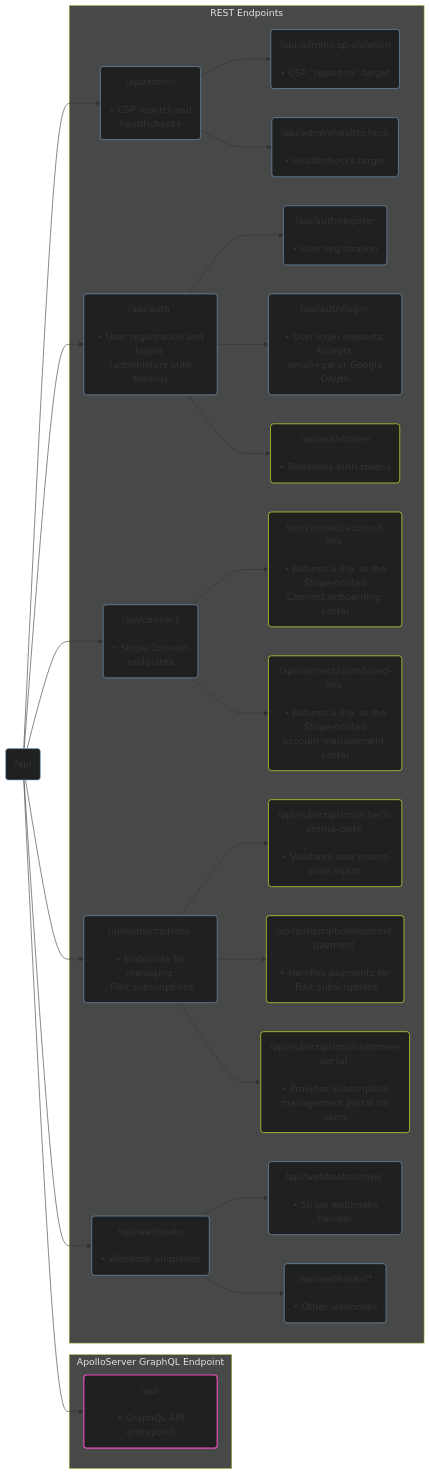
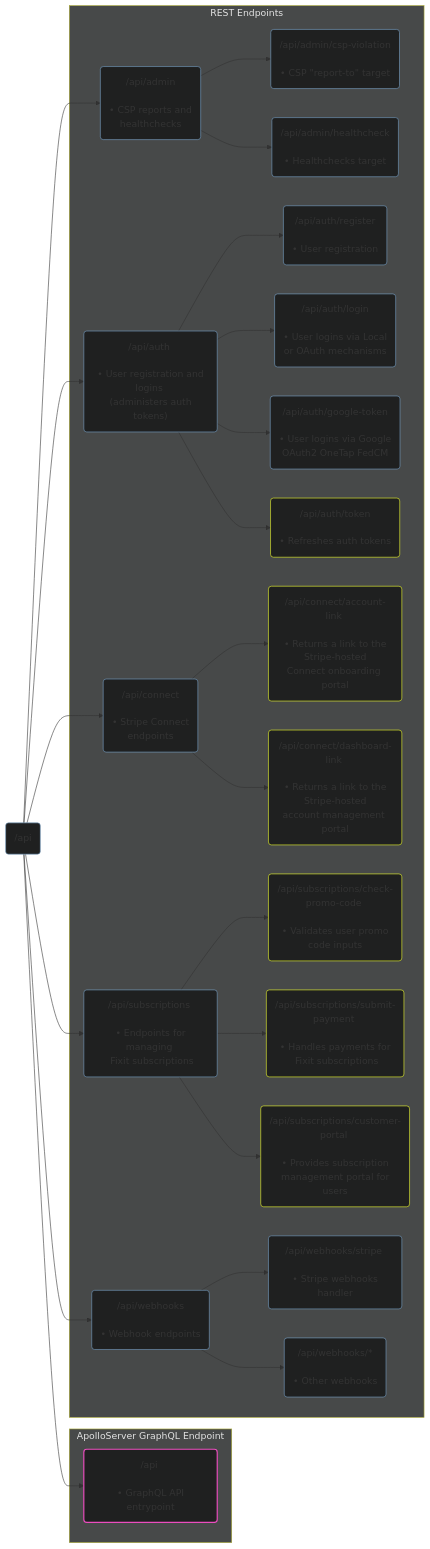
Before and after one commit to Nerdware-LLC/fixit-api: the diagram in README.md, drawn with Mermaid. The commit also changed other lines of this file, not shown here.

Commit message:
docs: add info re google-token route

````diff
--- a/README.md
+++ b/README.md
@@ -169,35 +169,36 @@
 ```mermaid
 flowchart LR
   root("/api") --> api("/api \n­\n • GraphQL API entrypoint")
   root --> admin("/api/admin \n­\n • CSP reports and \n healthchecks")
   root --> auth("/api/auth \n­\n • User registration and logins \n (administers auth tokens)")
   root --> connect("/api/connect \n­\n • Stripe Connect \n endpoints")
   root --> subs("/api/subscriptions \n­\n • Endpoints for managing \n Fixit subscriptions")
   root --> webhooks("/api/webhooks \n­\n • Webhook endpoints")
   subgraph gql ["ApolloServer GraphQL Endpoint"]
   api
   end
   subgraph express ["REST Endpoints"]
   admin --> csp("/api/admin/csp-violation \n­\n • CSP #quot;report-to#quot;" target)
   admin --> healthcheck("/api/admin/healthcheck \n­\n • Healthchecks target")
   auth --> register("/api/auth/register \n­\n • User registration")
-  auth --> login("/api/auth/login \n­\n • User login requests. Accepts \n email+pw or Google OAuth")
+  auth --> login("/api/auth/login \n­\n • User logins via Local\n or OAuth mechanisms")
+  auth --> googleToken("/api/auth/google-token \n­\n • User logins via Google\nOAuth2 OneTap FedCM")
   auth --> token("/api/auth/token \n­\n • Refreshes auth tokens")
   connect --> accountLink("/api/connect/account-link \n­\n • Returns a link to the Stripe-hosted\nConnect onboarding portal")
   connect --> dashboardLink("/api/connect/dashboard-link \n­\n • Returns a link to the Stripe-hosted\naccount management portal")
   subs --> promo("/api/subscriptions/check-promo-code \n­\n • Validates user promo code inputs")
   subs --> pay("/api/subscriptions/submit-payment \n­\n • Handles payments for \n Fixit subscriptions")
   subs --> portal("/api/subscriptions/customer-portal \n­\n • Provides subscription \n management portal for users")
   webhooks --> whStripe("/api/webhooks/stripe \n­\n • Stripe webhooks handler")
   webhooks --> whCustomer("/api/webhooks/* \n­\n • Other webhooks")
   end
 
   classDef default fill:#1f2020,stroke:#7aa4c9,stroke-width:1px
   classDef authenticationRequired stroke:#f1ff2e
   classDef authAndSubscriptionRequired stroke:#ec4dbf,stroke-width:2px
   classDef subgraphArea fill:#474949,color:#e3e3e3
 
   class promo,token,pay,portal,accountLink,dashboardLink authenticationRequired
   class api authAndSubscriptionRequired
   class express,gql subgraphArea
 ```
````
